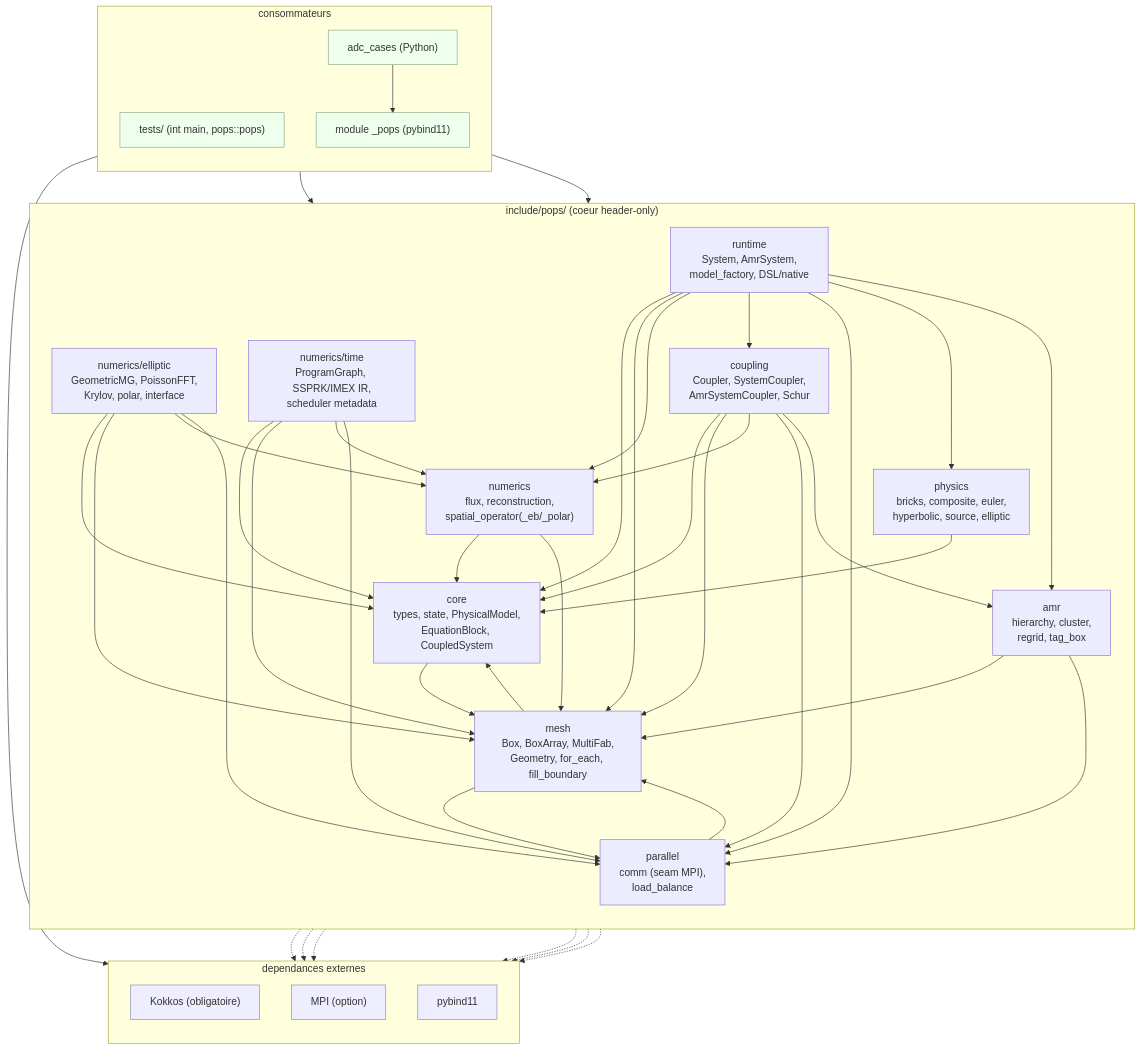
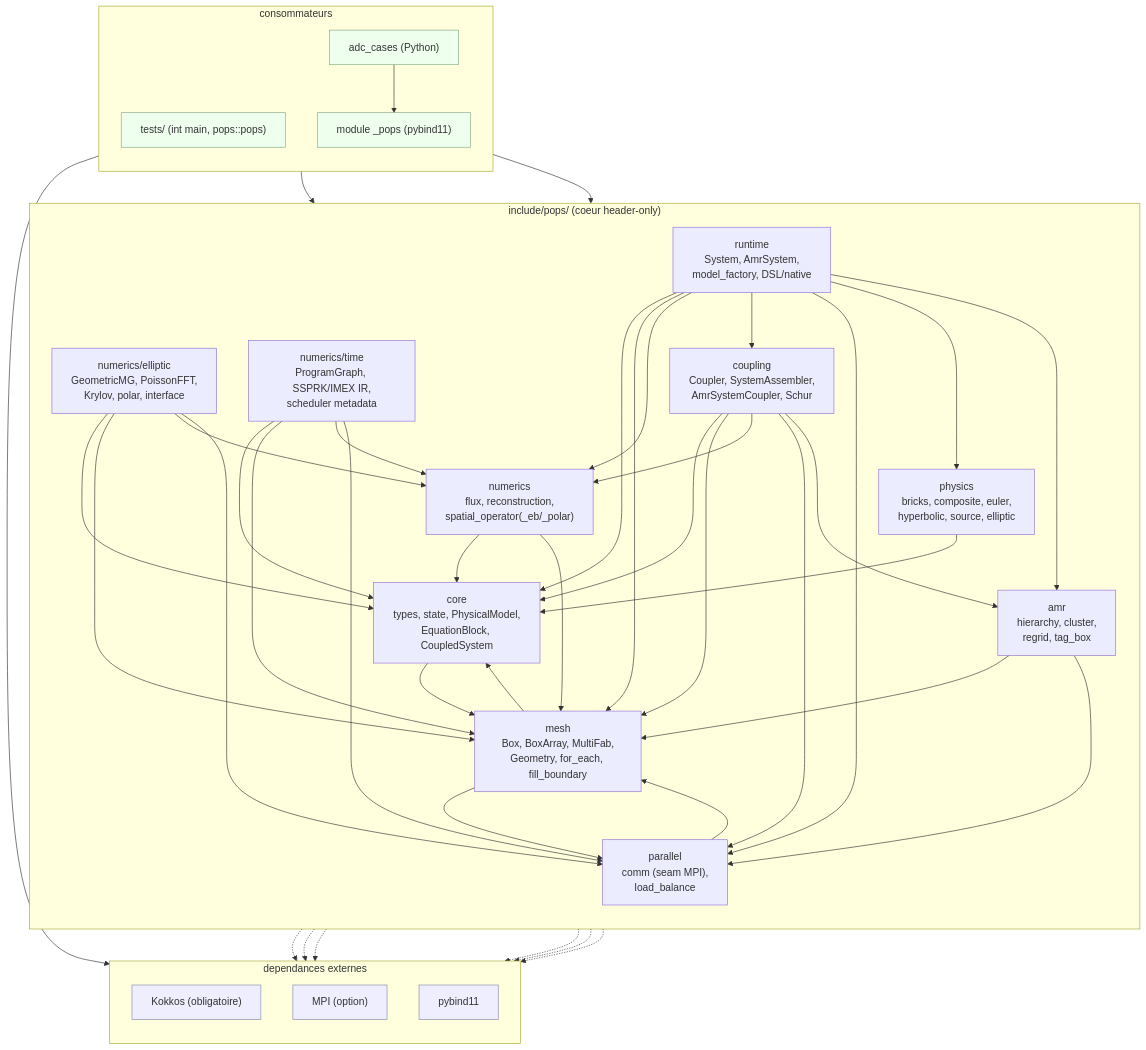
The first of 4 diagrams in docs/ARCHITECTURE.md (wolf75222/PoPS), drawn with Mermaid before and after one commit. The commit also changed other lines of this file and 29 other files, not shown here.

````diff
--- a/docs/ARCHITECTURE.md
+++ b/docs/ARCHITECTURE.md
@@ -44,80 +44,80 @@
 ```mermaid
 flowchart TD
   subgraph pops["include/pops/ (coeur header-only)"]
     direction TB
     core["core<br/>types, state, PhysicalModel,<br/>EquationBlock, CoupledSystem"]
     physics["physics<br/>bricks, composite, euler,<br/>hyperbolic, source, elliptic"]
     mesh["mesh<br/>Box, BoxArray, MultiFab,<br/>Geometry, for_each, fill_boundary"]
     parallel["parallel<br/>comm (seam MPI),<br/>load_balance"]
     numerics["numerics<br/>flux, reconstruction,<br/>spatial_operator(_eb/_polar)"]
     elliptic["numerics/elliptic<br/>GeometricMG, PoissonFFT,<br/>Krylov, polar, interface"]
     timed["numerics/time<br/>ProgramGraph, SSPRK/IMEX IR,<br/>scheduler metadata"]
     amr["amr<br/>hierarchy, cluster,<br/>regrid, tag_box"]
-    coupling["coupling<br/>Coupler, SystemCoupler,<br/>AmrSystemCoupler, Schur"]
+    coupling["coupling<br/>Coupler, SystemAssembler,<br/>AmrSystemCoupler, Schur"]
     runtime["runtime<br/>System, AmrSystem,<br/>model_factory, DSL/native"]
   end
 
   subgraph ext["dependances externes"]
     direction TB
     kokkos["Kokkos (obligatoire)"]
     mpi["MPI (option)"]
     pybind["pybind11"]
   end
 
   subgraph cons["consommateurs"]
     direction TB
     tests["tests/ (int main, pops::pops)"]
     pymod["module _pops (pybind11)"]
     cases["adc_cases (Python)"]
   end
 
   %% dependances internes (inclusions reelles)
   mesh --> core
   mesh --> parallel
   parallel --> mesh
   physics --> core
   core --> mesh
   numerics --> core
   numerics --> mesh
   elliptic --> core
   elliptic --> mesh
   elliptic --> numerics
   elliptic --> parallel
   timed --> core
   timed --> mesh
   timed --> numerics
   timed --> parallel
   amr --> mesh
   amr --> parallel
   coupling --> core
   coupling --> mesh
   coupling --> numerics
   coupling --> parallel
   coupling --> amr
   runtime --> core
   runtime --> mesh
   runtime --> numerics
   runtime --> coupling
   runtime --> parallel
   runtime --> physics
   runtime --> amr
 
   %% dependances externes (seams confinees)
   mesh -.-> kokkos
   core -.-> kokkos
   numerics -.-> kokkos
   parallel -.-> mpi
   mesh -.-> mpi
   elliptic -.-> mpi
 
   %% consommateurs
   tests --> runtime
   pymod --> runtime
   pymod --> pybind
   cases --> pymod
 
   classDef extcls fill:#eef,stroke:#88a;
   classDef conscls fill:#efe,stroke:#8a8;
   class kokkos,mpi,pybind extcls;
   class tests,pymod,cases conscls;
 ```
````
